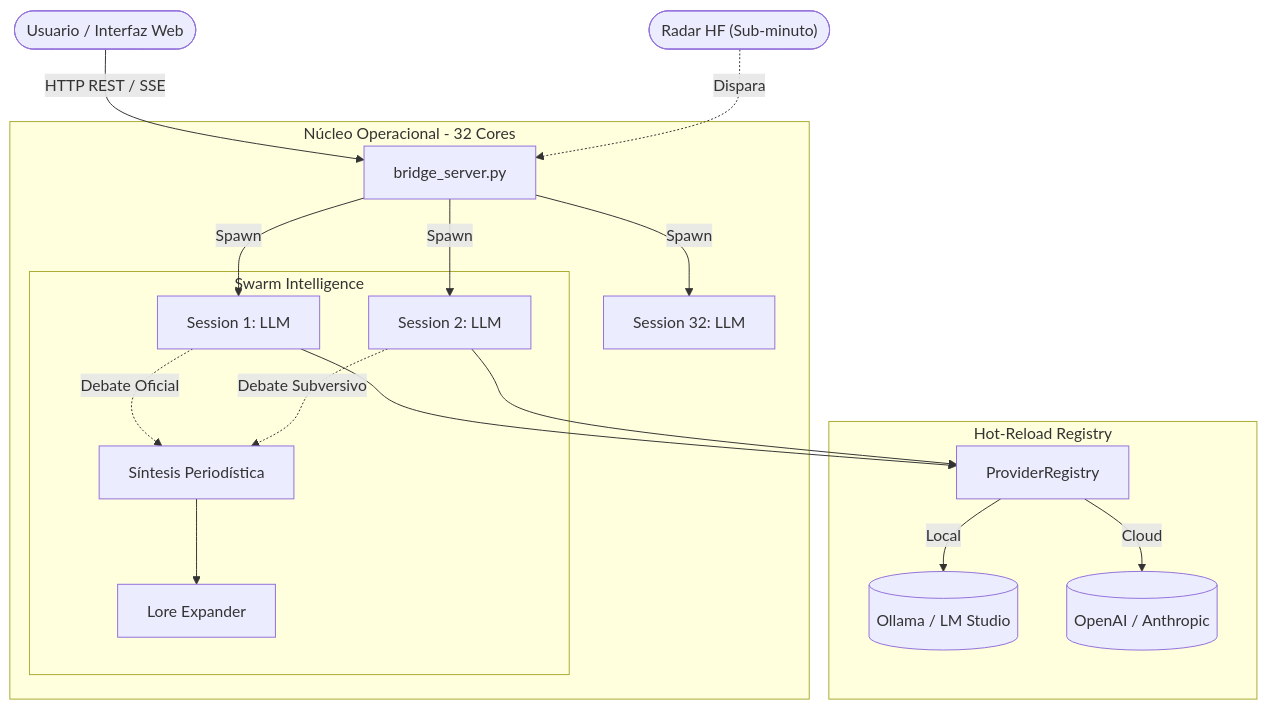
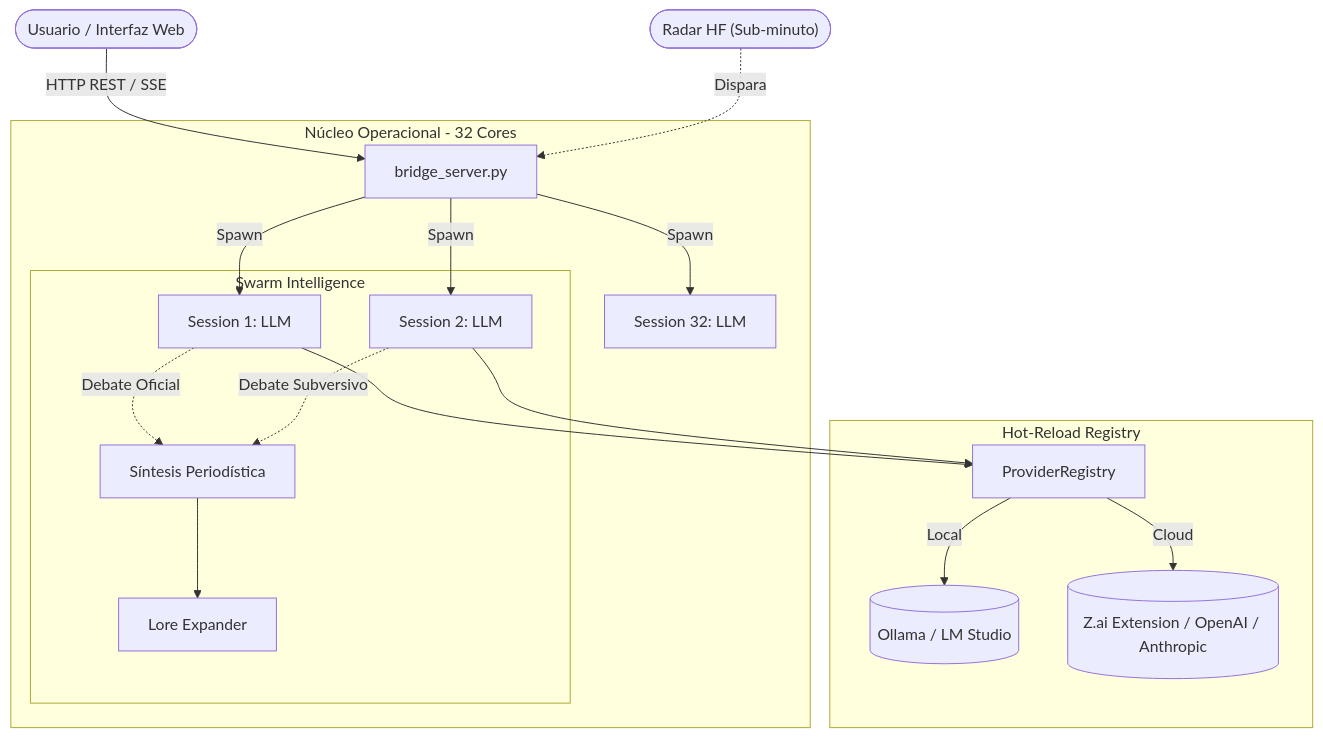
One commit to DarckRovert/Gravity_AI_bridge changed the first of 2 diagrams in README.md. Above: the diagram before and after it, drawn with Mermaid. The commit also changed other lines of this file and 19 other files, not shown here.

````diff
--- a/README.md
+++ b/README.md
@@ -33,25 +33,25 @@
 ```mermaid
 graph TD
     User(["Usuario / Interfaz Web"]) -->|HTTP REST / SSE| Bridge["bridge_server.py"]
     Radar(["Radar HF (Sub-minuto)"]) -.->|Dispara| Bridge
     
     subgraph Gravity Core [Núcleo Operacional - 32 Cores]
         Bridge -->|Spawn| Worker1[Session 1: LLM]
         Bridge -->|Spawn| Worker2[Session 2: LLM]
         Bridge -->|Spawn| WorkerN[Session 32: LLM]
         
         subgraph Swarm Intelligence
             Worker1 -.->|Debate Oficial| Editor
             Worker2 -.->|Debate Subversivo| Editor
             Editor[Síntesis Periodística] --> Lore[Lore Expander]
         end
     end
     
     subgraph Hot-Reload Registry
         Registry["ProviderRegistry"] -->|Local| Ollama[("Ollama / LM Studio")]
-        Registry -->|Cloud| Cloud[("OpenAI / Anthropic")]
+        Registry -->|Cloud| Cloud[("Z.ai Extension / OpenAI / Anthropic")]
     end
     
     Worker1 --> Registry
     Worker2 --> Registry
 ```
````
